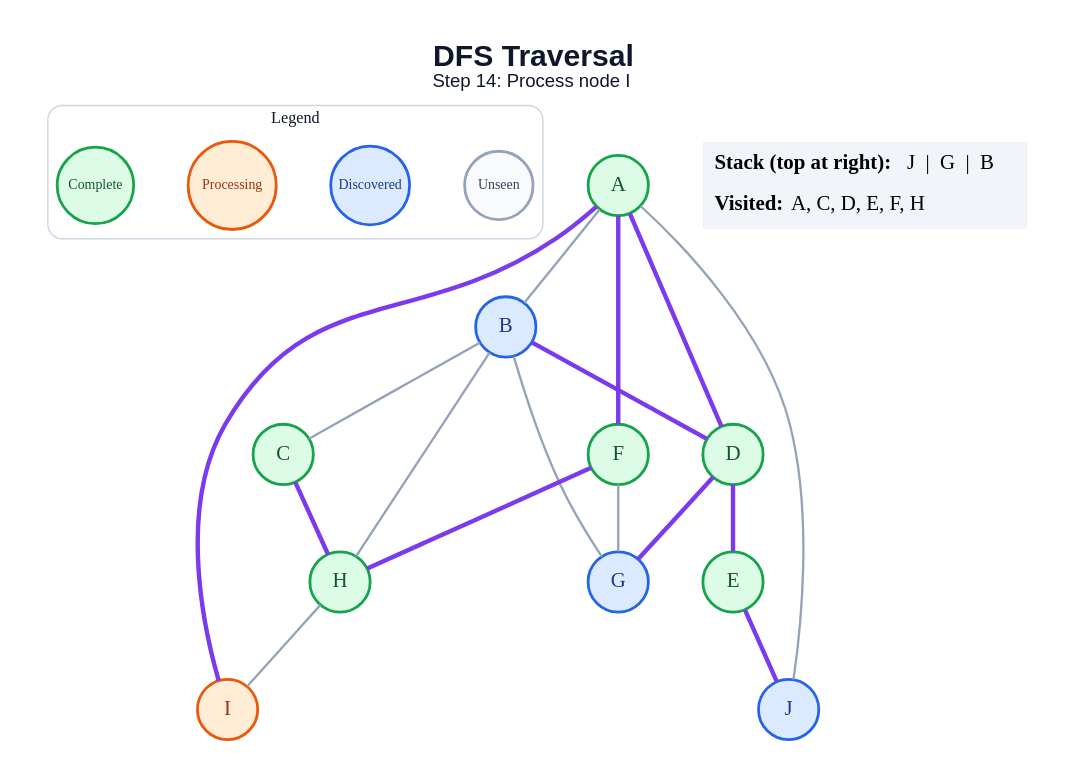
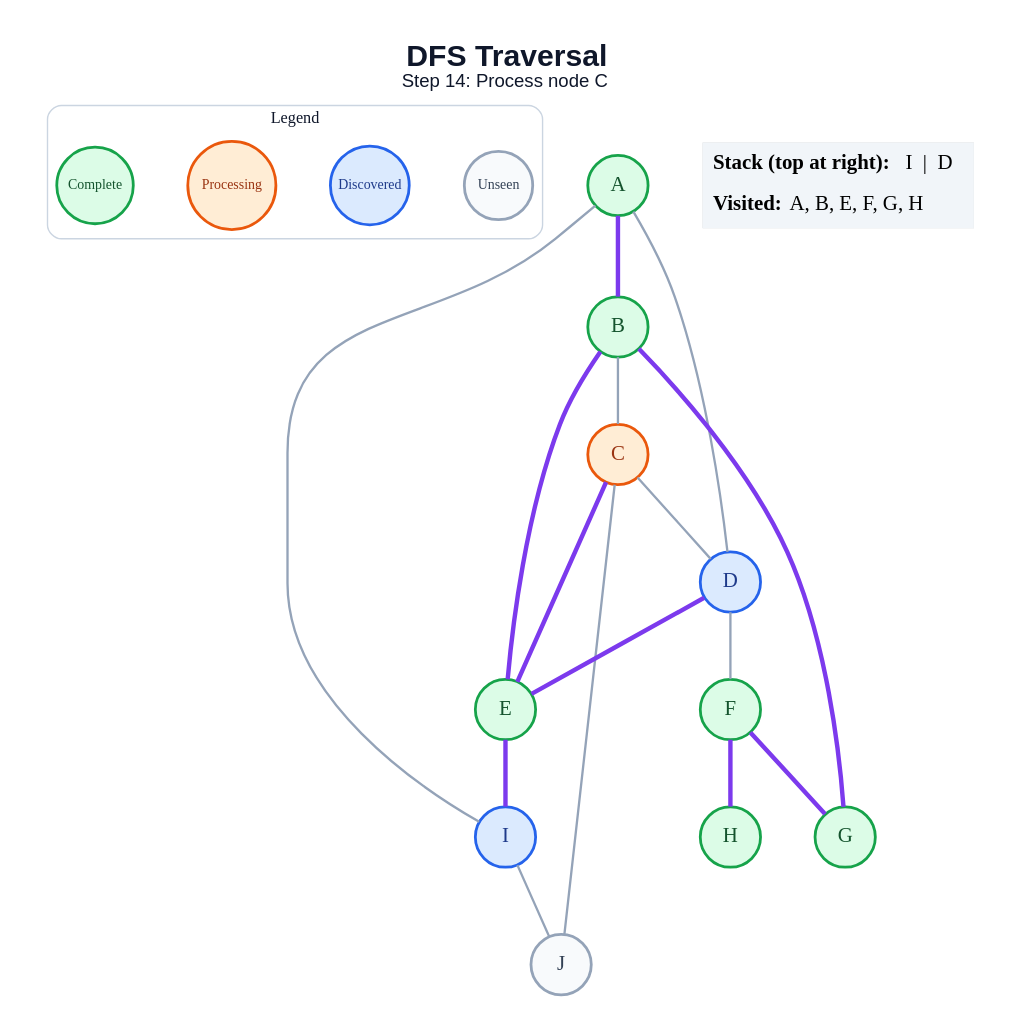
Before and after one commit to anon7238593-create/ai-slop: the diagram in generated/specific-node/dfs/step_14.dot, drawn with Graphviz. The commit also changed 171 other files, not shown here.

```diff
--- a/generated/specific-node/dfs/step_14.dot
+++ b/generated/specific-node/dfs/step_14.dot
@@ -1,45 +1,44 @@
 graph traversal {
   graph [layout=dot, rankdir=TB, bgcolor="#FFFFFF", pad="0.35", nodesep="0.65", ranksep="0.8", fontname="Arial"];
   node [shape=circle, style="filled", fontname="Arial Bold", fontsize=18, width=0.72, fixedsize=true, penwidth=2.4];
   edge [color="#94A3B8", penwidth=2.0];
-  label=<<B>DFS Traversal</B><BR/><FONT POINT-SIZE="16">Step 14: Process node I</FONT>>; labelloc="t"; fontsize=26; fontname="Arial"; fontcolor="#0F172A";
+  label=<<B>DFS Traversal</B><BR/><FONT POINT-SIZE="16">Step 14: Process node C</FONT>>; labelloc="t"; fontsize=26; fontname="Arial"; fontcolor="#0F172A";
   subgraph cluster_legend { label="Legend"; color="#CBD5E1"; penwidth=1.2; style="rounded"; fontsize=14; fontname="Arial Bold";
     key_unseen [label="Unseen", fillcolor="#F8FAFC", color="#94A3B8", fontcolor="#334155", fontsize=12, width=0.82];
     key_frontier [label="Discovered", fillcolor="#DBEAFE", color="#2563EB", fontcolor="#1E3A8A", fontsize=12, width=0.95];
     key_current [label="Processing", fillcolor="#FFEDD5", color="#EA580C", fontcolor="#9A3412", fontsize=12, width=1.05];
     key_done [label="Complete", fillcolor="#DCFCE7", color="#16A34A", fontcolor="#14532D", fontsize=12, width=0.92];
     { rank=same; key_unseen; key_frontier; key_current; key_done; }
   }
   A [fillcolor="#DCFCE7", color="#16A34A", fontcolor="#14532D"];
-  B [fillcolor="#DBEAFE", color="#2563EB", fontcolor="#1E3A8A"];
-  C [fillcolor="#DCFCE7", color="#16A34A", fontcolor="#14532D"];
-  D [fillcolor="#DCFCE7", color="#16A34A", fontcolor="#14532D"];
+  B [fillcolor="#DCFCE7", color="#16A34A", fontcolor="#14532D"];
+  C [fillcolor="#FFEDD5", color="#EA580C", fontcolor="#9A3412"];
+  D [fillcolor="#DBEAFE", color="#2563EB", fontcolor="#1E3A8A"];
   E [fillcolor="#DCFCE7", color="#16A34A", fontcolor="#14532D"];
   F [fillcolor="#DCFCE7", color="#16A34A", fontcolor="#14532D"];
-  G [fillcolor="#DBEAFE", color="#2563EB", fontcolor="#1E3A8A"];
+  G [fillcolor="#DCFCE7", color="#16A34A", fontcolor="#14532D"];
   H [fillcolor="#DCFCE7", color="#16A34A", fontcolor="#14532D"];
-  I [fillcolor="#FFEDD5", color="#EA580C", fontcolor="#9A3412"];
-  J [fillcolor="#DBEAFE", color="#2563EB", fontcolor="#1E3A8A"];
-  A -- B;
-  A -- D [color="#7C3AED", penwidth=3.8];
-  A -- F [color="#7C3AED", penwidth=3.8];
-  A -- I [color="#7C3AED", penwidth=3.8];
-  A -- J;
+  I [fillcolor="#DBEAFE", color="#2563EB", fontcolor="#1E3A8A"];
+  J [fillcolor="#F8FAFC", color="#94A3B8", fontcolor="#334155"];
+  A -- B [color="#7C3AED", penwidth=3.8];
+  A -- D;
+  A -- I;
   B -- C;
-  B -- D [color="#7C3AED", penwidth=3.8];
-  B -- G;
-  B -- H;
-  C -- H [color="#7C3AED", penwidth=3.8];
+  B -- E [color="#7C3AED", penwidth=3.8];
+  B -- G [color="#7C3AED", penwidth=3.8];
+  C -- D;
+  C -- E [color="#7C3AED", penwidth=3.8];
+  C -- J;
   D -- E [color="#7C3AED", penwidth=3.8];
-  D -- G [color="#7C3AED", penwidth=3.8];
-  E -- J [color="#7C3AED", penwidth=3.8];
-  F -- G;
+  D -- F;
+  E -- I [color="#7C3AED", penwidth=3.8];
+  F -- G [color="#7C3AED", penwidth=3.8];
   F -- H [color="#7C3AED", penwidth=3.8];
-  H -- I;
+  I -- J;
   status [shape=plain, fixedsize=false, width=0, height=0, margin=0, label=<
     <TABLE BORDER="0" CELLBORDER="0" CELLPADDING="7" BGCOLOR="#F1F5F9">
-      <TR><TD ALIGN="LEFT"><B>Stack (top at right):</B> J  |  G  |  B</TD></TR>
-      <TR><TD ALIGN="LEFT"><B>Visited:</B> A, C, D, E, F, H</TD></TR>
+      <TR><TD ALIGN="LEFT"><B>Stack (top at right):</B> I  |  D</TD></TR>
+      <TR><TD ALIGN="LEFT"><B>Visited:</B> A, B, E, F, G, H</TD></TR>
     </TABLE>
   >];
 }
```
